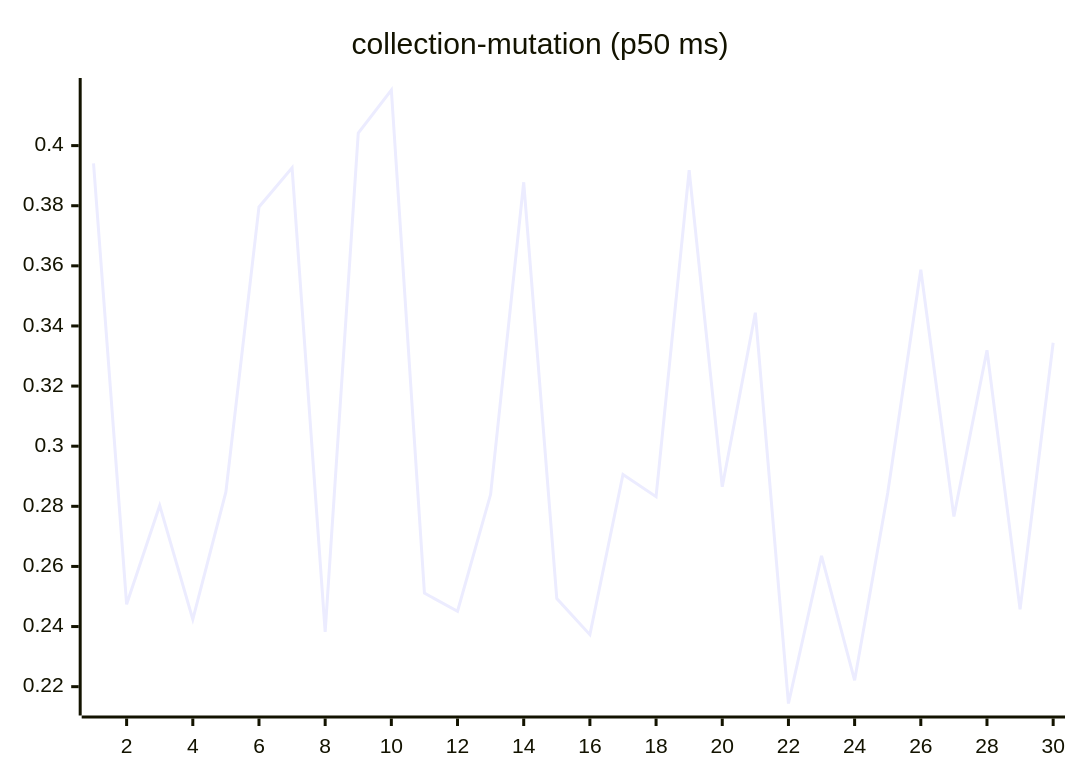
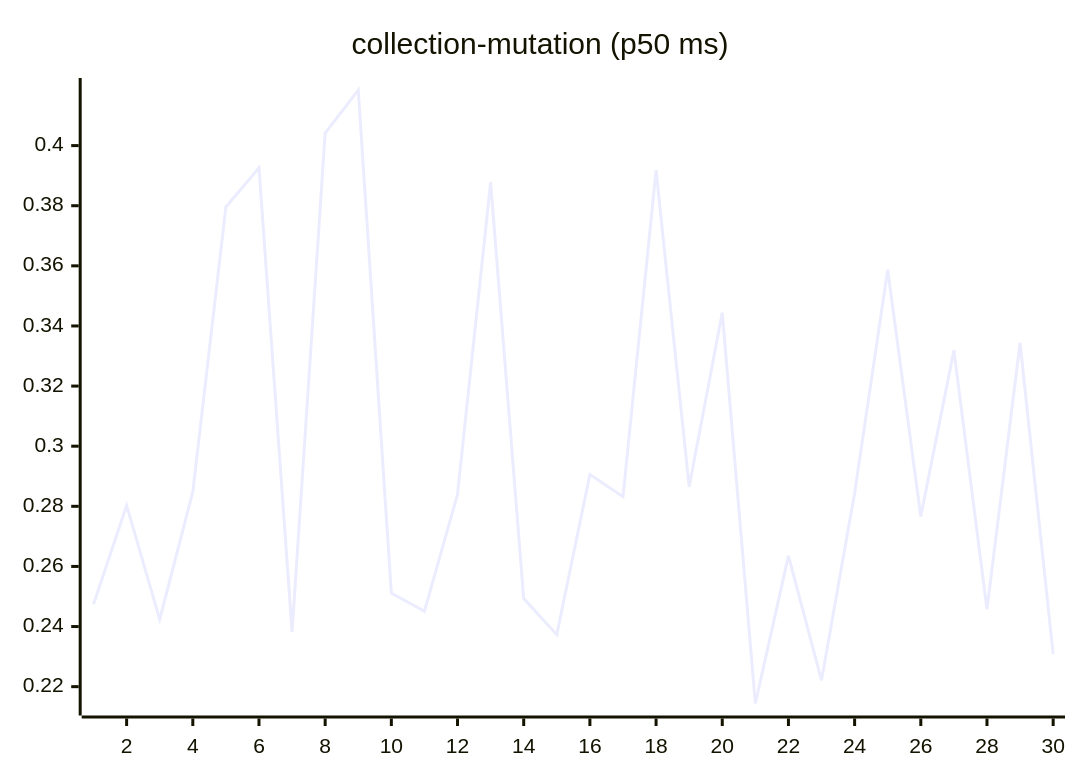
Before and after one commit to josha/Facet: the sixth of 27 diagrams in README.md, drawn with Mermaid. The commit also changed other lines of this file and 2 other files, not shown here.

````diff
--- a/README.md
+++ b/README.md
@@ -98,6 +98,6 @@
 ```mermaid
 xychart-beta
     title "collection-mutation (p50 ms)"
     x-axis 1 --> 30
-    line [0.3941, 0.2474, 0.2803, 0.2424, 0.2848, 0.3796, 0.3926, 0.2382, 0.4042, 0.4185, 0.2511, 0.2451, 0.2840, 0.3878, 0.2493, 0.2373, 0.2906, 0.2832, 0.3918, 0.2865, 0.3444, 0.2144, 0.2635, 0.2221, 0.2844, 0.3587, 0.2766, 0.3319, 0.2457, 0.3344]
+    line [0.2474, 0.2803, 0.2424, 0.2848, 0.3796, 0.3926, 0.2382, 0.4042, 0.4185, 0.2511, 0.2451, 0.2840, 0.3878, 0.2493, 0.2373, 0.2906, 0.2832, 0.3918, 0.2865, 0.3444, 0.2144, 0.2635, 0.2221, 0.2844, 0.3587, 0.2766, 0.3319, 0.2457, 0.3344, 0.2308]
 ```
````
